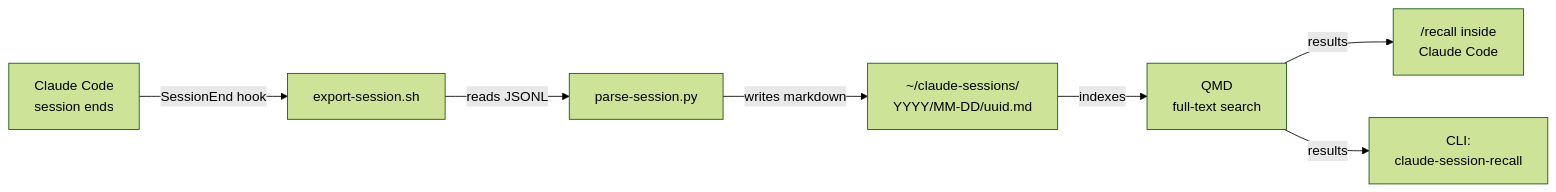
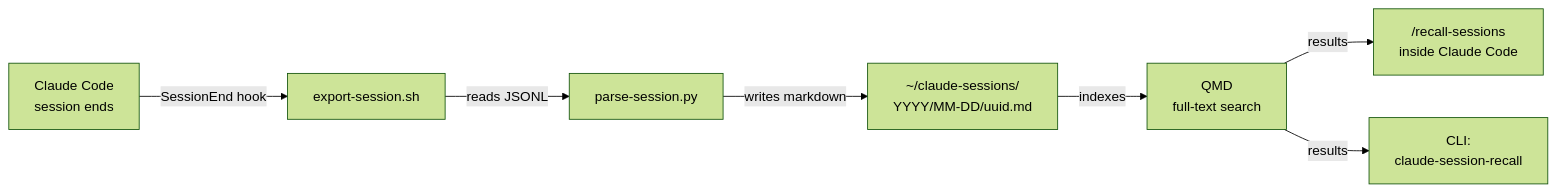
Before and after one commit to lisardo-iniesta/claude-session-recall: the diagram in README.md, drawn with Mermaid (forest theme). The commit also changed other lines of this file and 3 other files, not shown here.

````diff
--- a/README.md
+++ b/README.md
@@ -75,9 +88,9 @@
 ```mermaid
 flowchart LR
     A["Claude Code<br/>session ends"] -->|SessionEnd hook| B["export-session.sh"]
     B -->|reads JSONL| C["parse-session.py"]
     C -->|writes markdown| D["~/claude-sessions/<br/>YYYY/MM-DD/uuid.md"]
     D -->|indexes| E["QMD<br/>full-text search"]
-    E -->|results| F["/recall inside<br/>Claude Code"]
+    E -->|results| F["/recall-sessions<br/>inside Claude Code"]
     E -->|results| G["CLI:<br/>claude-session-recall"]
 ```
````
